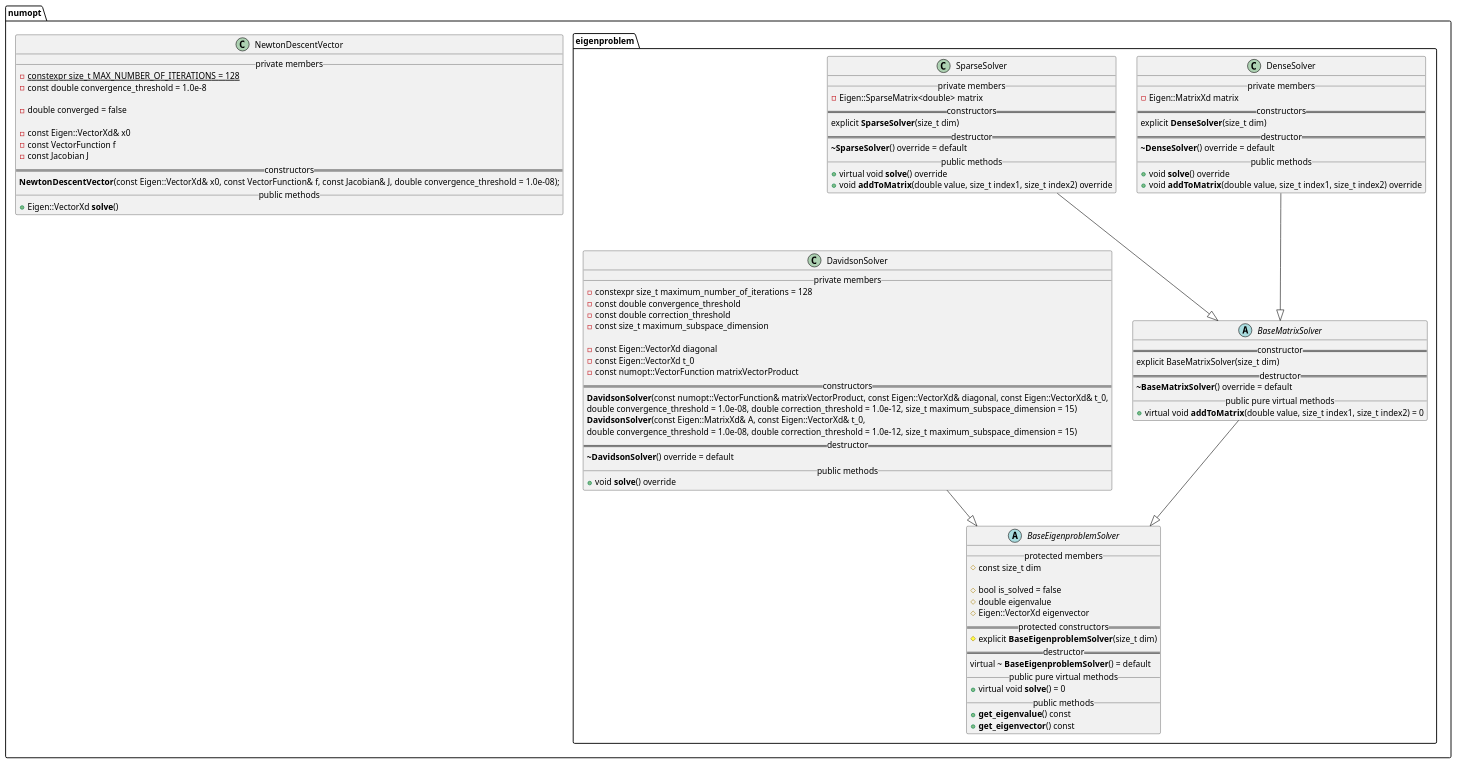
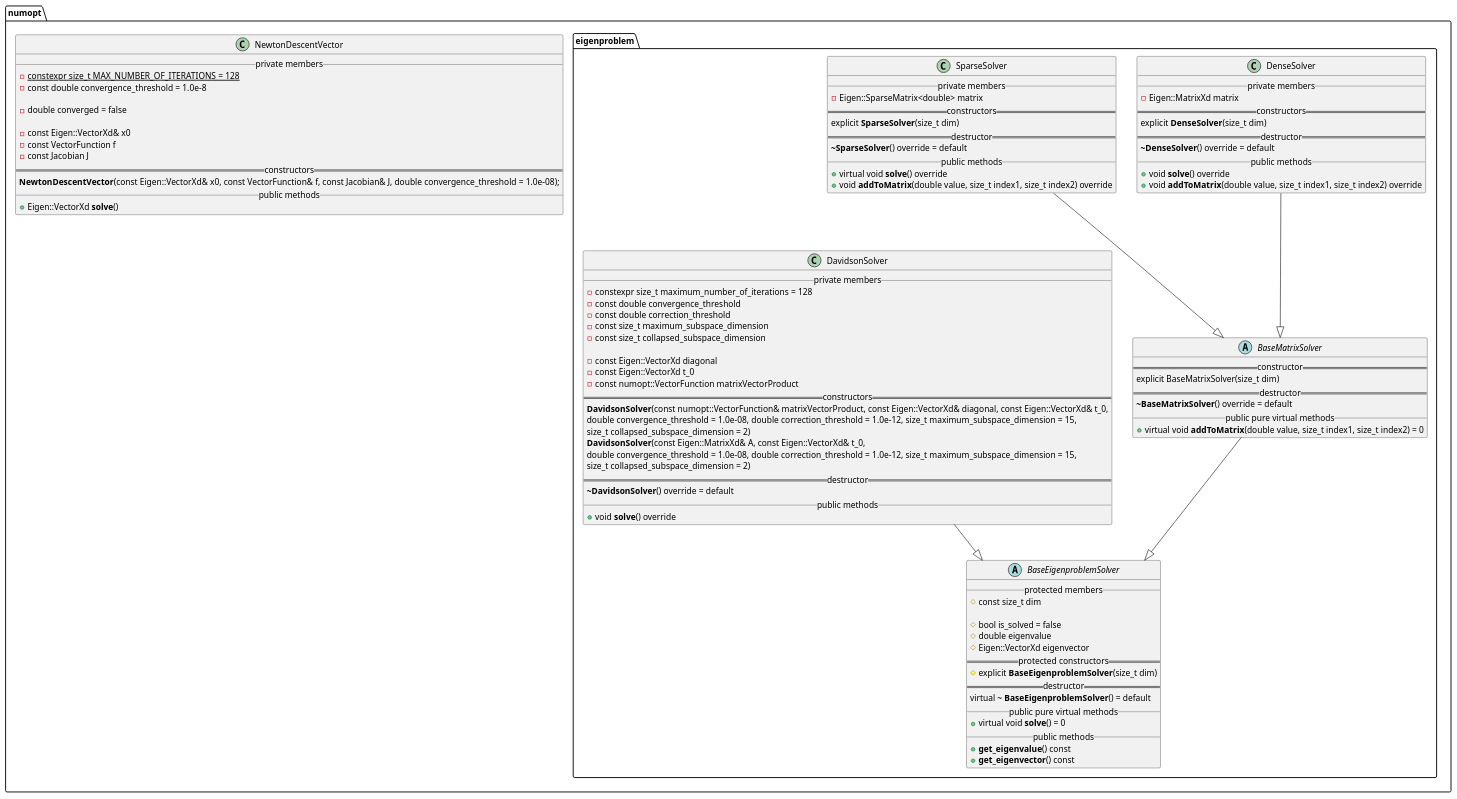
The diagram in docs/numopt.puml (matt-chan/numopt), drawn with PlantUML before and after one commit. The commit also changed 3 other files, not shown here.

Commit message:
Added a parameter that controls the collapsed subspace dimension.

```diff
--- a/docs/numopt.puml
+++ b/docs/numopt.puml
@@ -1,112 +1,115 @@
 @startuml
 
 namespace numopt {
 
 
     class NewtonDescentVector {
         __ private members __
             - {static} constexpr size_t MAX_NUMBER_OF_ITERATIONS = 128
             - const double convergence_threshold = 1.0e-8
 
             - double converged = false
 
             - const Eigen::VectorXd& x0
             - const VectorFunction f
             - const Jacobian J
         == constructors ==
             **NewtonDescentVector**(const Eigen::VectorXd& x0, const VectorFunction& f, const Jacobian& J, double convergence_threshold = 1.0e-08);
         __ public methods __
             + Eigen::VectorXd **solve**()
     }
 
 
 
     namespace eigenproblem {
 
 
         abstract class BaseEigenproblemSolver {
             __ protected members __
                 # const size_t dim
 
                 # bool is_solved = false
                 # double eigenvalue
                 # Eigen::VectorXd eigenvector
             == protected constructors ==
                 # explicit **BaseEigenproblemSolver**(size_t dim)
             == destructor ==
                 virtual ~ **BaseEigenproblemSolver**() = default
             __ public pure virtual methods __
                 + virtual void **solve**() = 0
             __ public methods __
                 + **get_eigenvalue**() const
                 + **get_eigenvector**() const
         }
 
         BaseMatrixSolver --|> BaseEigenproblemSolver
         abstract class BaseMatrixSolver {
             == constructor ==
                 explicit BaseMatrixSolver(size_t dim)
             == destructor ==
                 **~BaseMatrixSolver**() override = default
             __ public pure virtual methods __
                 + virtual void **addToMatrix**(double value, size_t index1, size_t index2) = 0
         }
 
 
         DenseSolver --|> BaseMatrixSolver
         class DenseSolver {
             __ private members __
                 - Eigen::MatrixXd matrix
             == constructors ==
                 explicit **DenseSolver**(size_t dim)
             == destructor ==
                  **~DenseSolver**() override = default
             __ public methods __
                 + void **solve**() override
                 + void **addToMatrix**(double value, size_t index1, size_t index2) override
         }
 
 
         SparseSolver --|> BaseMatrixSolver
         class SparseSolver {
             __ private members __
                 - Eigen::SparseMatrix<double> matrix
             == constructors ==
                 explicit **SparseSolver**(size_t dim)
             == destructor ==
                  **~SparseSolver**() override = default
             __ public methods __
                 + virtual void **solve**() override
                 + void **addToMatrix**(double value, size_t index1, size_t index2) override
         }
 
 
         DavidsonSolver --|> BaseEigenproblemSolver
         class DavidsonSolver {
             __ private members __
                 - constexpr size_t maximum_number_of_iterations = 128
                 - const double convergence_threshold
                 - const double correction_threshold
                 - const size_t maximum_subspace_dimension
+                - const size_t collapsed_subspace_dimension
 
                 - const Eigen::VectorXd diagonal
                 - const Eigen::VectorXd t_0
                 - const numopt::VectorFunction matrixVectorProduct
             == constructors ==
                 **DavidsonSolver**(const numopt::VectorFunction& matrixVectorProduct, const Eigen::VectorXd& diagonal, const Eigen::VectorXd& t_0,
-                double convergence_threshold = 1.0e-08, double correction_threshold = 1.0e-12, size_t maximum_subspace_dimension = 15)
+                double convergence_threshold = 1.0e-08, double correction_threshold = 1.0e-12, size_t maximum_subspace_dimension = 15,
+                size_t collapsed_subspace_dimension = 2)
                 **DavidsonSolver**(const Eigen::MatrixXd& A, const Eigen::VectorXd& t_0,
-                double convergence_threshold = 1.0e-08, double correction_threshold = 1.0e-12, size_t maximum_subspace_dimension = 15)
+                double convergence_threshold = 1.0e-08, double correction_threshold = 1.0e-12, size_t maximum_subspace_dimension = 15,
+                size_t collapsed_subspace_dimension = 2)
             == destructor ==
                  **~DavidsonSolver**() override = default
             __ public methods __
                 + void **solve**() override
         }
 
 
     }
 
 
 }
 
 @enduml
```
